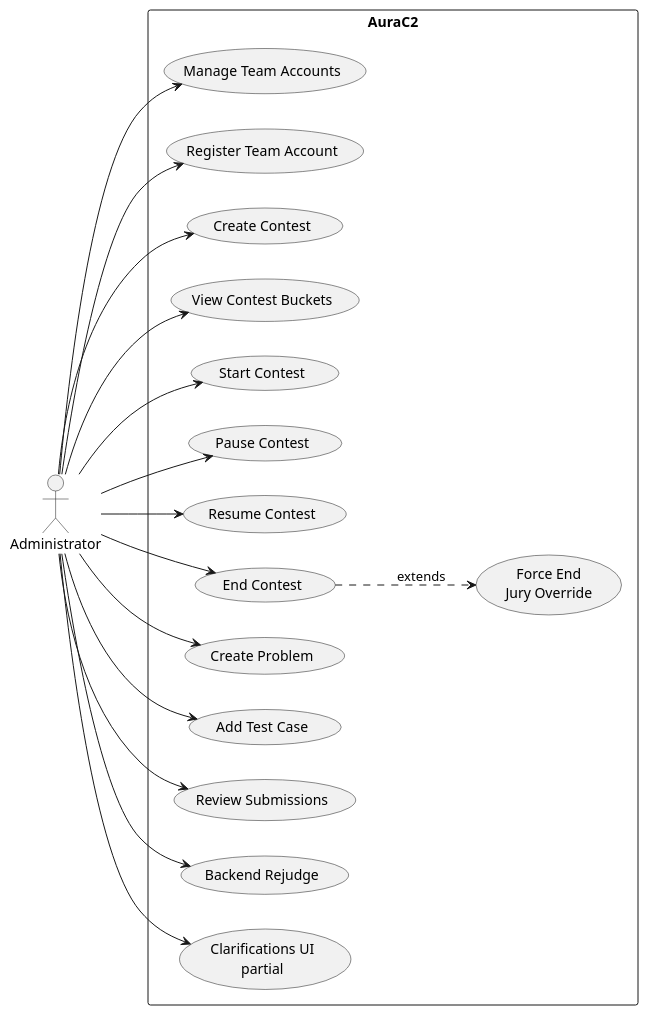
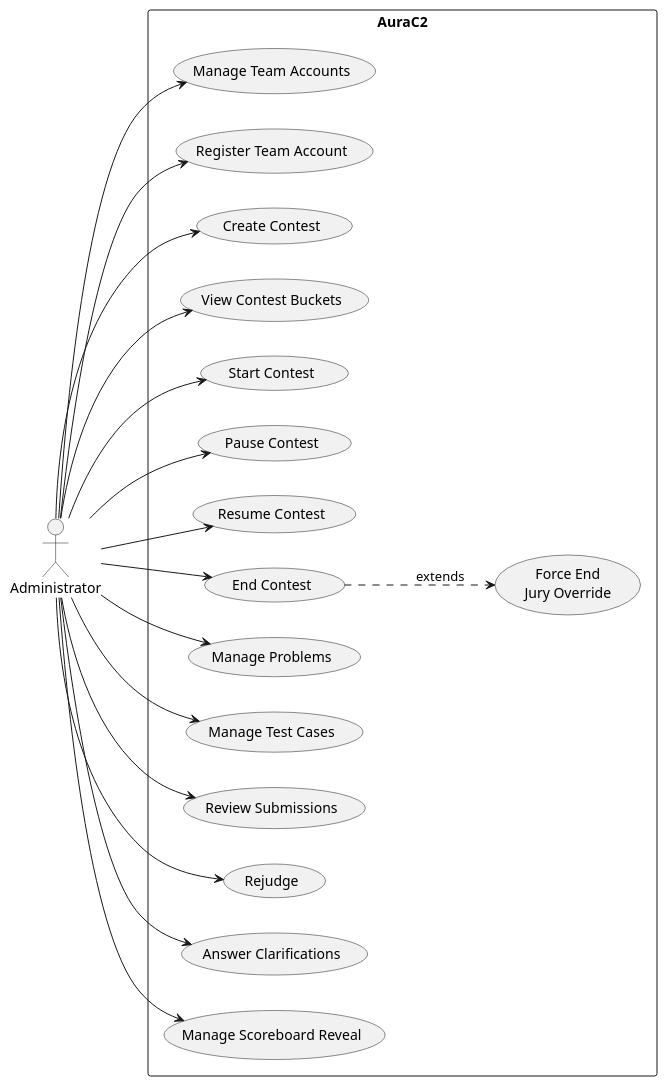
One commit to AuraC-graduate-project/AuraC2 changed the fourth of 17 diagrams in docs/report-rebuild/diagram-prompts.md. Above: the diagram before and after it, drawn with PlantUML. The commit also changed other lines of this file and 10 other files, not shown here.

````diff
--- a/docs/report-rebuild/diagram-prompts.md
+++ b/docs/report-rebuild/diagram-prompts.md
@@ -129,36 +129,38 @@
 ```plantuml
 @startuml
 left to right direction
 actor Administrator as Admin
 rectangle "AuraC2" {
   usecase "Manage Team Accounts" as UC1
   usecase "Register Team Account" as UC2
   usecase "Create Contest" as UC3
   usecase "View Contest Buckets" as UC4
   usecase "Start Contest" as UC5
   usecase "Pause Contest" as UC6
   usecase "Resume Contest" as UC7
   usecase "End Contest" as UC8
   usecase "Force End\nJury Override" as UC9
-  usecase "Create Problem" as UC10
-  usecase "Add Test Case" as UC11
+  usecase "Manage Problems" as UC10
+  usecase "Manage Test Cases" as UC11
   usecase "Review Submissions" as UC12
-  usecase "Backend Rejudge" as UC13
-  usecase "Clarifications UI\npartial" as UC14
+  usecase "Rejudge" as UC13
+  usecase "Answer Clarifications" as UC14
+  usecase "Manage Scoreboard Reveal" as UC15
 }
 Admin --> UC1
 Admin --> UC2
 Admin --> UC3
 Admin --> UC4
 Admin --> UC5
 Admin --> UC6
 Admin --> UC7
 Admin --> UC8
 UC8 ..> UC9 : extends
 Admin --> UC10
 Admin --> UC11
 Admin --> UC12
 Admin --> UC13
 Admin --> UC14
+Admin --> UC15
 @enduml
 ```
````
